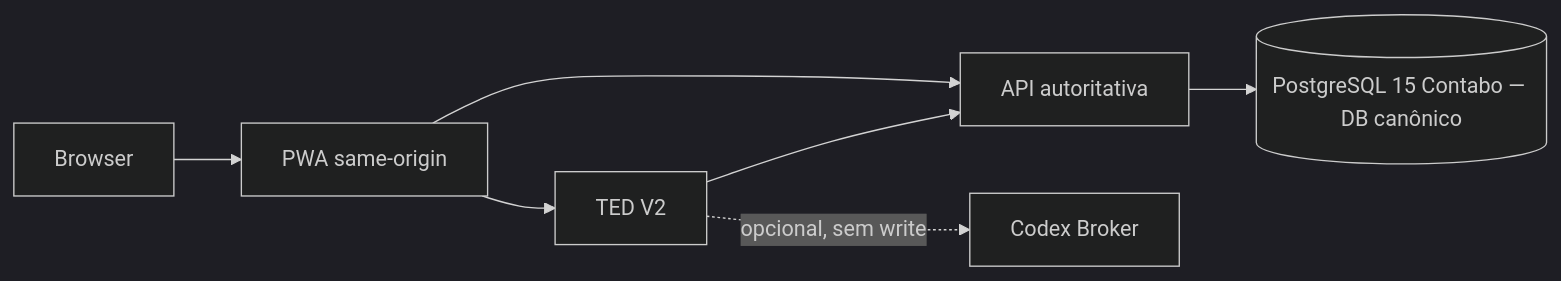
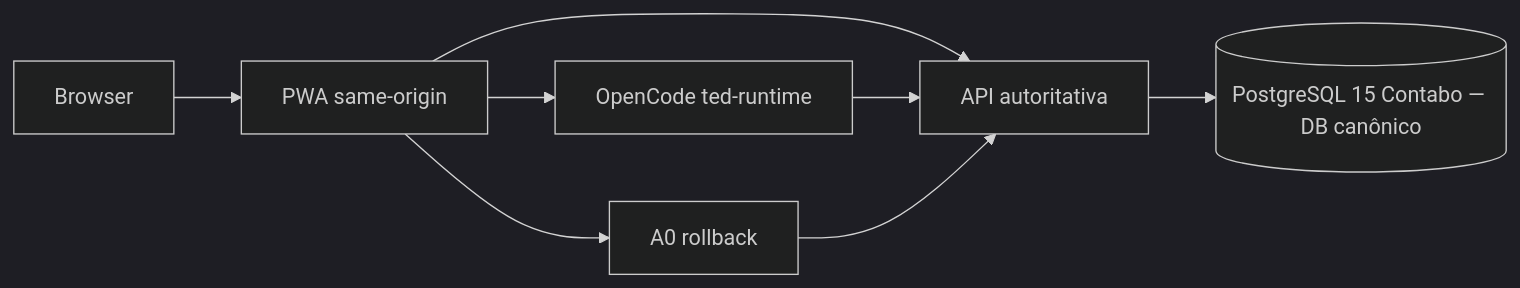
Before and after one commit to kust-projetos/meu-ted: the diagram in docs/ARCHITECTURE-TARGET.md, drawn with Mermaid (dark theme). The commit also changed other lines of this file and 60 other files, not shown here.

Commit message:
chore(arch): consolidate OpenCode-first and remove obsolete broker

````diff
--- a/docs/ARCHITECTURE-TARGET.md
+++ b/docs/ARCHITECTURE-TARGET.md
@@ -16,9 +16,10 @@
 ```mermaid
 graph LR
     Browser --> PWA[PWA same-origin]
-    PWA --> Agent[TED V2]
+    PWA --> OC[OpenCode ted-runtime]
+    PWA --> Agent[A0 rollback]
     PWA --> API[API autoritativa]
+    OC --> API
     Agent --> API
     API --> DB[(PostgreSQL 15 Contabo — DB canônico)]
-    Agent -. opcional, sem write .-> Broker[Codex Broker]
 ```
````
